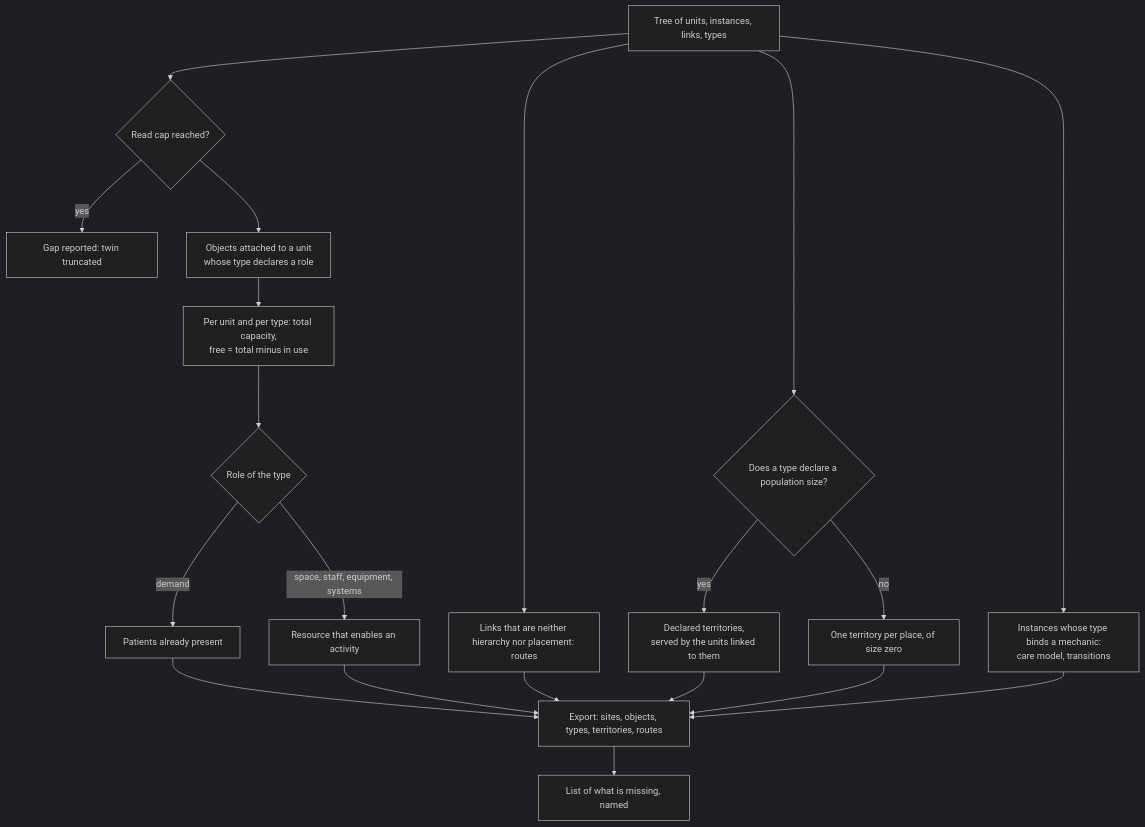
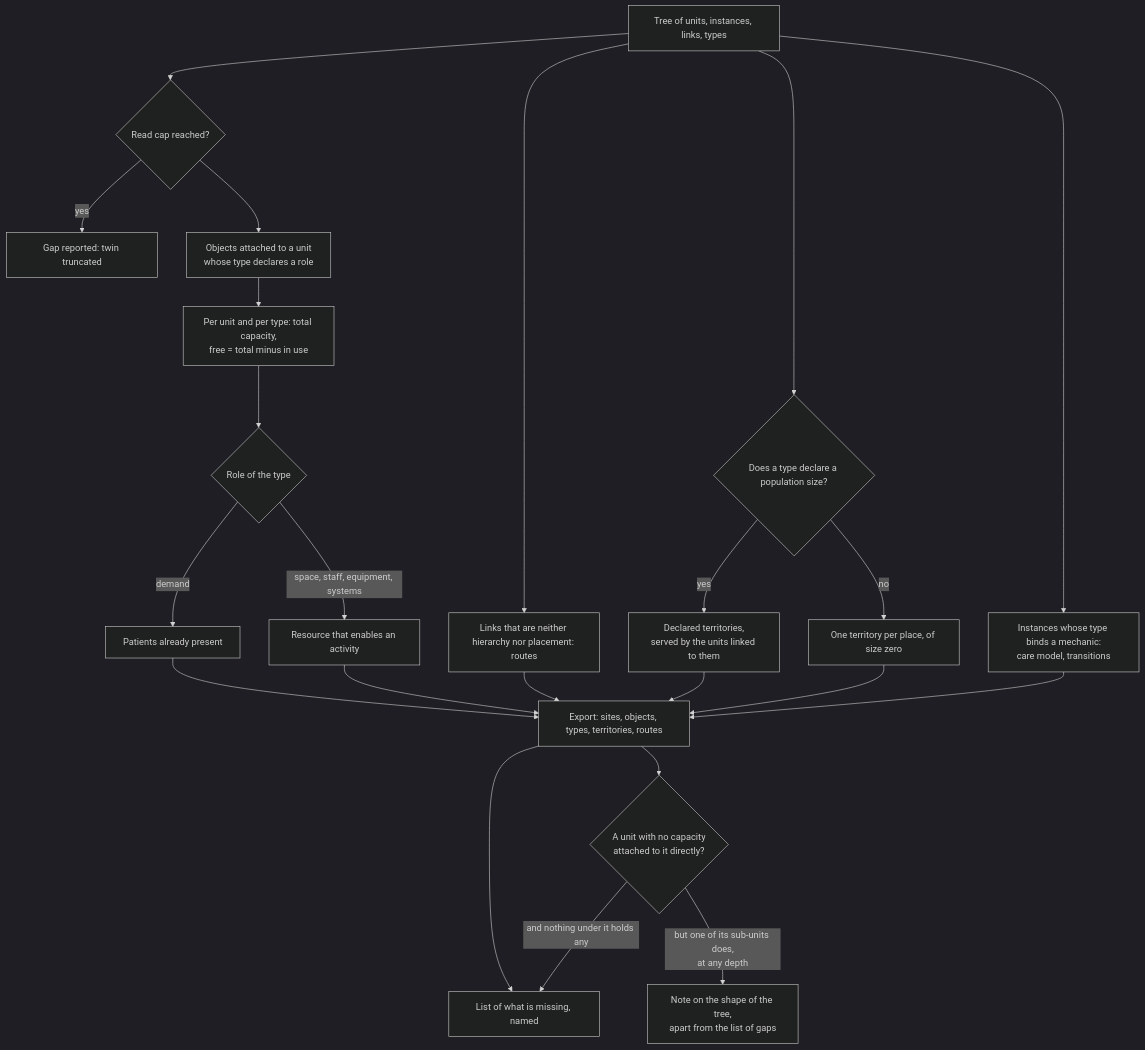
One commit to V1ktor7/obscyro changed diagram 13 of 32 in frontend/content/docs/product/algorithms.md. Above: the diagram before and after it, drawn with Mermaid (dark theme). The commit also changed other lines of this file and 13 other files, not shown here.

````diff
--- a/frontend/content/docs/product/algorithms.md
+++ b/frontend/content/docs/product/algorithms.md
@@ -489,22 +489,25 @@
 ```mermaid
 flowchart TD
     A["Tree of units, instances, links, types"] --> B{"Read cap reached?"}
     B -->|"yes"| B1["Gap reported: twin truncated"]
     B --> C["Objects attached to a unit<br/>whose type declares a role"]
     C --> D["Per unit and per type: total capacity,<br/>free = total minus in use"]
     D --> E{"Role of the type"}
     E -->|"demand"| F["Patients already present"]
     E -->|"space, staff, equipment, systems"| G["Resource that enables an activity"]
     A --> H["Links that are neither hierarchy nor placement: routes"]
     A --> I{"Does a type declare a population size?"}
     I -->|"yes"| J["Declared territories,<br/>served by the units linked to them"]
     I -->|"no"| K["One territory per place, of size zero"]
     A --> L["Instances whose type binds a mechanic:<br/>care model, transitions"]
     F --> M["Export: sites, objects, types, territories, routes"]
     G --> M
     H --> M
     J --> M
     K --> M
     L --> M
     M --> N["List of what is missing, named"]
+    M --> O{"A unit with no capacity<br/>attached to it directly?"}
+    O -->|"and nothing under it holds any"| N
+    O -->|"but one of its sub-units does,<br/>at any depth"| P["Note on the shape of the tree,<br/>apart from the list of gaps"]
 ```
````
